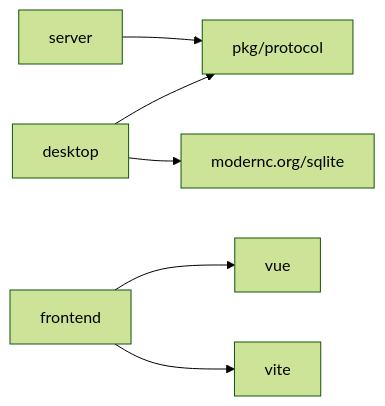
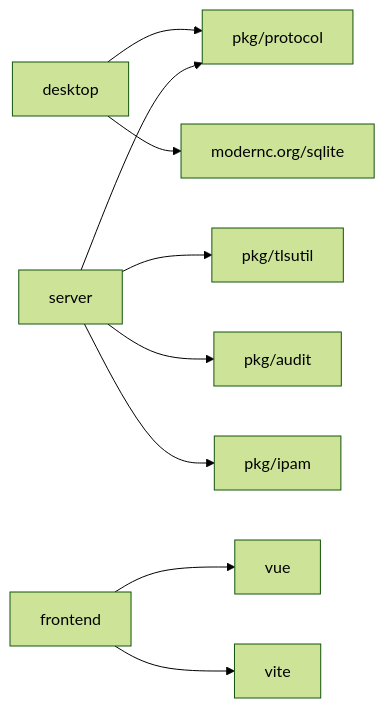
Before and after one commit to itsharex/NexTunnel: the tenth of 10 diagrams in .qoder/repowiki/zh/content/测试策略.md, drawn with Mermaid (forest theme). The commit also changed other lines of this file and 61 other files, not shown here.

````diff
--- a/.qoder/repowiki/zh/content/测试策略.md
+++ b/.qoder/repowiki/zh/content/测试策略.md
@@ -284,8 +448,11 @@
 ```mermaid
 graph LR
 D["desktop"] --> P["pkg/protocol"]
 D --> S["modernc.org/sqlite"]
 Srv["server"] --> P
+Srv --> T["pkg/tlsutil"]
+Srv --> A["pkg/audit"]
+Srv --> I["pkg/ipam"]
 FE["frontend"] --> V["vue"]
 FE --> VT["vite"]
 ```
````
